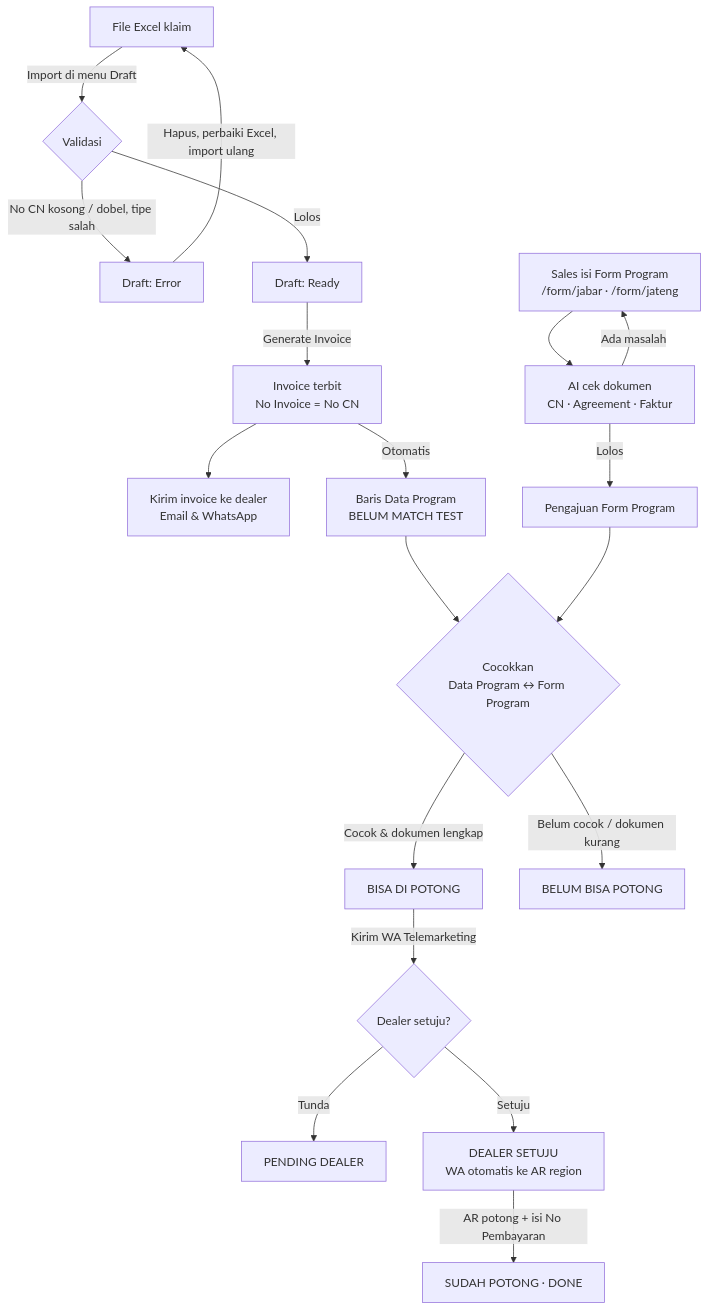
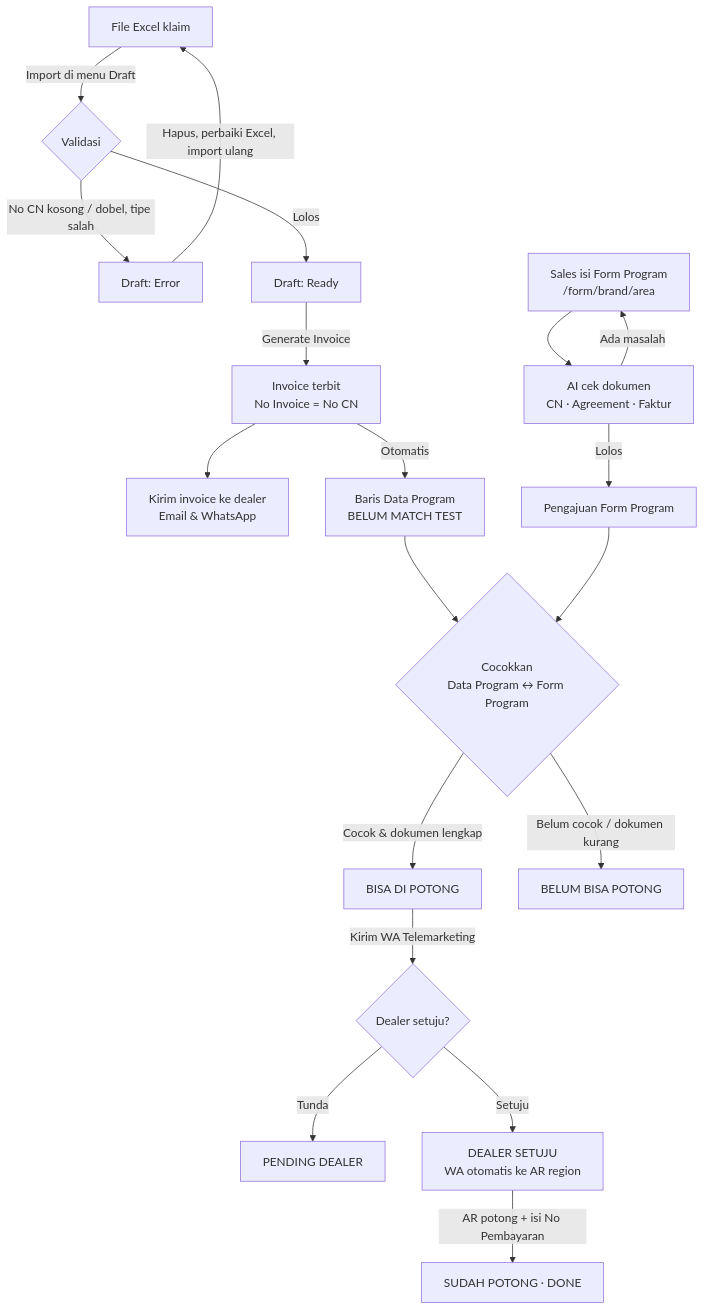
Before and after one commit to oceanspacedev/Automation-SCM: the first of 2 diagrams in README.md, drawn with Mermaid. The commit also changed other lines of this file and 50 other files, not shown here.

````diff
--- a/README.md
+++ b/README.md
@@ -50,23 +57,23 @@
 ```mermaid
 flowchart TD
     A[File Excel klaim] -->|Import di menu Draft| B{Validasi}
     B -->|No CN kosong / dobel, tipe salah| C[Draft: Error]
     B -->|Lolos| D[Draft: Ready]
     C -->|Hapus, perbaiki Excel, import ulang| A
     D -->|Generate Invoice| E[Invoice terbit<br/>No Invoice = No CN]
     E --> F[Kirim invoice ke dealer<br/>Email & WhatsApp]
     E -->|Otomatis| G[Baris Data Program<br/>BELUM MATCH TEST]
 
-    S[Sales isi Form Program<br/>/form/jabar · /form/jateng] --> T[AI cek dokumen<br/>CN · Agreement · Faktur]
+    S[Sales isi Form Program<br/>/form/brand/area] --> T[AI cek dokumen<br/>CN · Agreement · Faktur]
     T -->|Ada masalah| S
     T -->|Lolos| U[Pengajuan Form Program]
 
     G --> M{Cocokkan<br/>Data Program ↔ Form Program}
     U --> M
     M -->|Cocok & dokumen lengkap| N[BISA DI POTONG]
     M -->|Belum cocok / dokumen kurang| O[BELUM BISA POTONG]
     N -->|Kirim WA Telemarketing| P{Dealer setuju?}
     P -->|Tunda| Q[PENDING DEALER]
     P -->|Setuju| R[DEALER SETUJU<br/>WA otomatis ke AR region]
     R -->|AR potong + isi No Pembayaran| Z[SUDAH POTONG · DONE]
 ```
````
